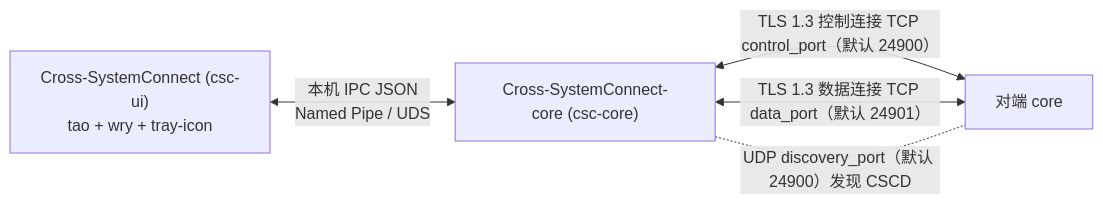
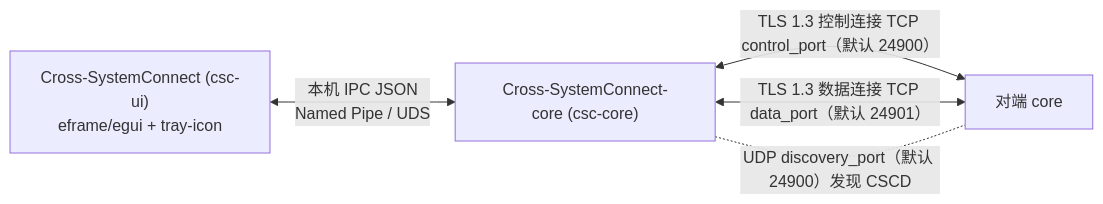
The first of 12 diagrams in Doc/架构设计.md (HadyLiu/Cross-SystemConnect), drawn with Mermaid before and after one commit. The commit also changed other lines of this file and 51 other files, not shown here.

````diff
--- a/Doc/架构设计.md
+++ b/Doc/架构设计.md
@@ -21,7 +21,7 @@
 ```mermaid
 flowchart LR
-    UI["Cross-SystemConnect (csc-ui)<br/>tao + wry + tray-icon"] <-->|"本机 IPC JSON<br/>Named Pipe / UDS"| CORE["Cross-SystemConnect-core (csc-core)"]
+    UI["Cross-SystemConnect (csc-ui)<br/>eframe/egui + tray-icon"] <-->|"本机 IPC JSON<br/>Named Pipe / UDS"| CORE["Cross-SystemConnect-core (csc-core)"]
     CORE <-->|"TLS 1.3 控制连接 TCP control_port（默认 24900）"| PEER["对端 core"]
     CORE <-->|"TLS 1.3 数据连接 TCP data_port（默认 24901）"| PEER
     CORE -. "UDP discovery_port（默认 24900）发现 CSCD" .- PEER
 ```
````
